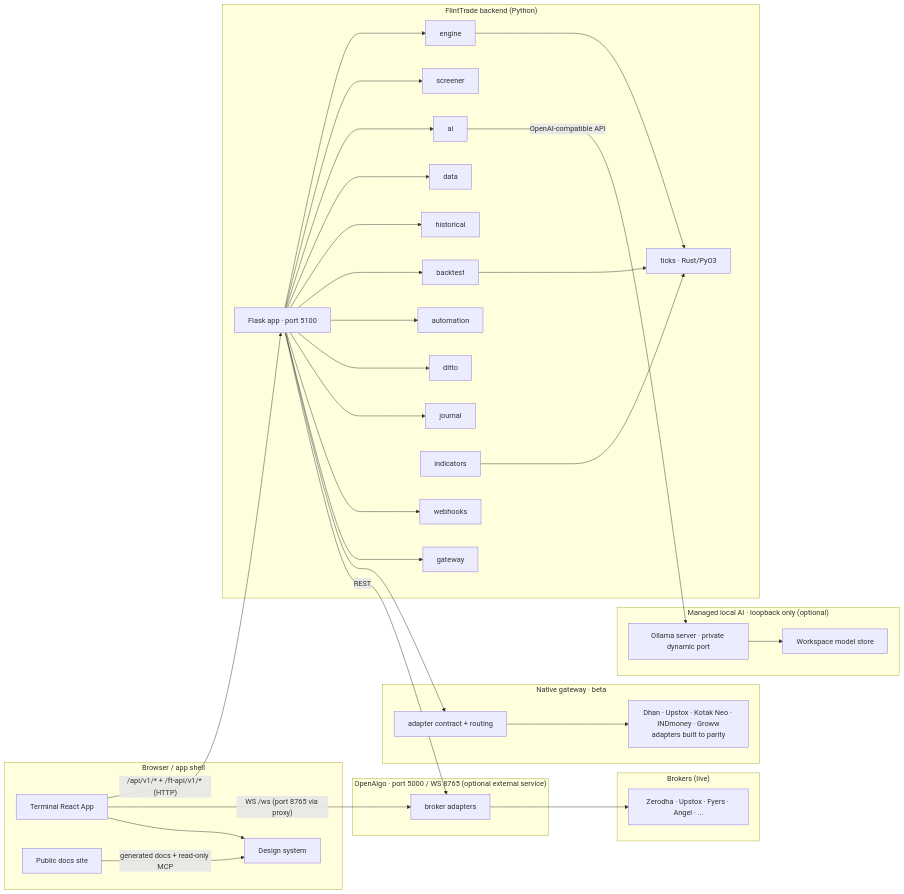
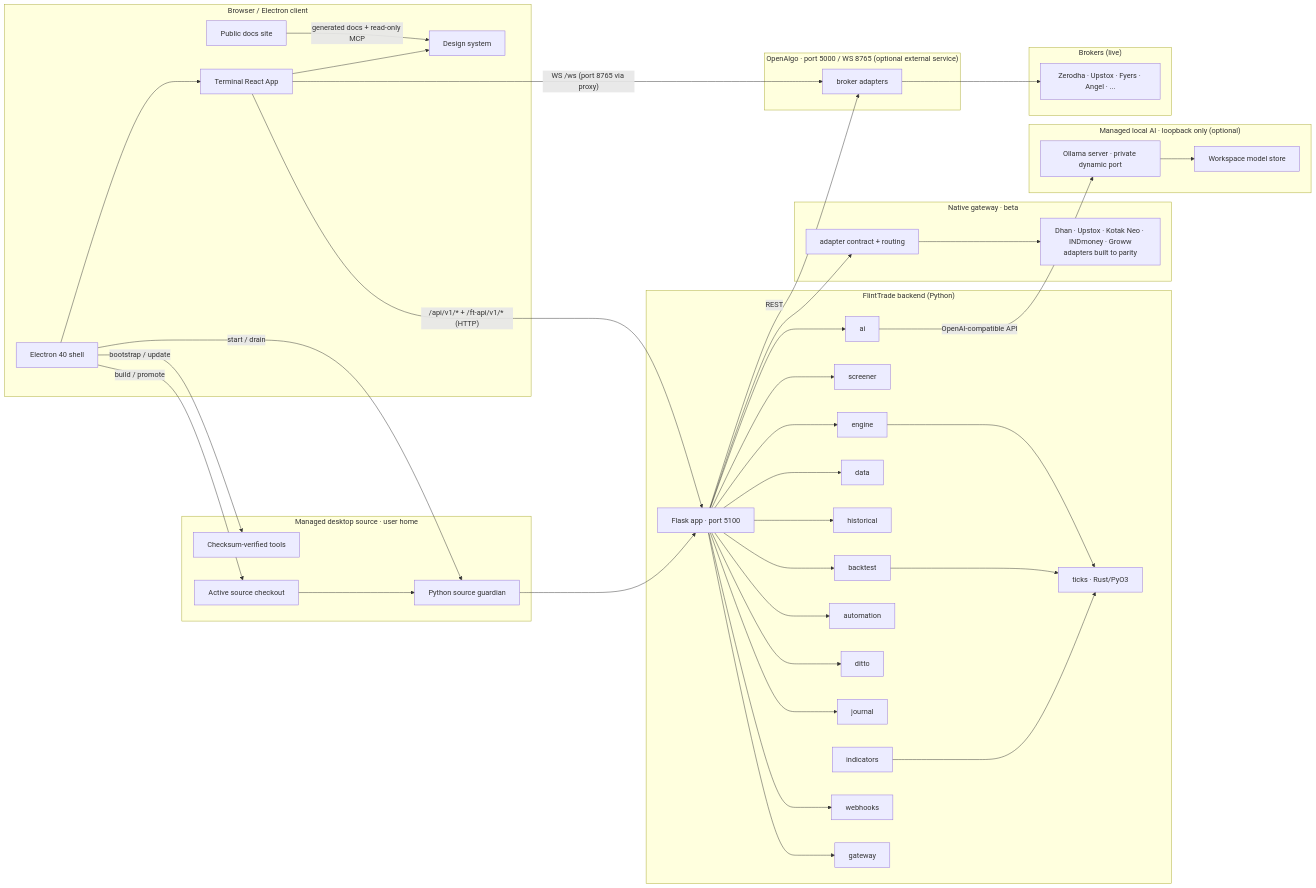
The first of 5 diagrams in docs/ARCHITECTURE.md (navaneeshnagarajan/FlintTrade), drawn with Mermaid before and after one commit. The commit also changed other lines of this file and 144 other files, not shown here.

````diff
--- a/docs/ARCHITECTURE.md
+++ b/docs/ARCHITECTURE.md
@@ -17,68 +17,81 @@
 ```mermaid
 flowchart LR
-    subgraph Browser["Browser / app shell"]
+    subgraph Clients["Browser / Electron client"]
         T[Terminal React App]
+        DESKTOP[Electron 40 shell]
         SITE[Public docs site]
         DS[Design system]
+        DESKTOP --> T
+    end
+
+    subgraph ManagedDesktop["Managed desktop source · user home"]
+        TOOLS[Checksum-verified tools]
+        SOURCE[Active source checkout]
+        GUARDIAN[Python source guardian]
+        DESKTOP -- "bootstrap / update" --> TOOLS
+        DESKTOP -- "build / promote" --> SOURCE
+        DESKTOP -- "start / drain" --> GUARDIAN
+        SOURCE --> GUARDIAN
     end
 
     subgraph Backend["FlintTrade backend (Python)"]
         F[Flask app · port 5100]
         E[engine]
         S[screener]
         AI[ai]
         D[data]
         H[historical]
         BT[backtest]
         AUT[automation]
         DIT[ditto]
         JNL[journal]
         IND[indicators]
         ING[webhooks]
         GW[gateway]
         TICK[ticks · Rust/PyO3]
     end
 
     subgraph NativeGateway["Native gateway · beta"]
         NGA[adapter contract + routing]
         DHAN[Dhan · Upstox · Kotak Neo · INDmoney · Groww<br/>adapters built to parity]
     end
 
     subgraph OpenAlgo["OpenAlgo · port 5000 / WS 8765 (optional external service)"]
         OA[broker adapters]
     end
 
     subgraph LocalAI["Managed local AI · loopback only (optional)"]
         OLL[Ollama server · private dynamic port]
         MODELS[Workspace model store]
         OLL --> MODELS
     end
 
     subgraph Brokers["Brokers (live)"]
         B1[Zerodha · Upstox · Fyers · Angel · ...]
     end
 
     T -- "/api/v1/* + /ft-api/v1/* (HTTP)" --> F
+    GUARDIAN --> F
     T -- "WS /ws (port 8765 via proxy)" --> OA
     SITE -- "generated docs + read-only MCP" --> DS
     T --> DS
     F --> E
     F --> S
     F --> AI
     AI -- "OpenAI-compatible API" --> OLL
     F --> D
     F --> H
     F --> BT
     F --> AUT
     F --> DIT
     F --> JNL
     F --> ING
     F --> GW
     E --> TICK
     BT --> TICK
     IND --> TICK
     F --> NGA
     NGA --> DHAN
     F -- "REST" --> OA
     OA --> B1
 ```
````
